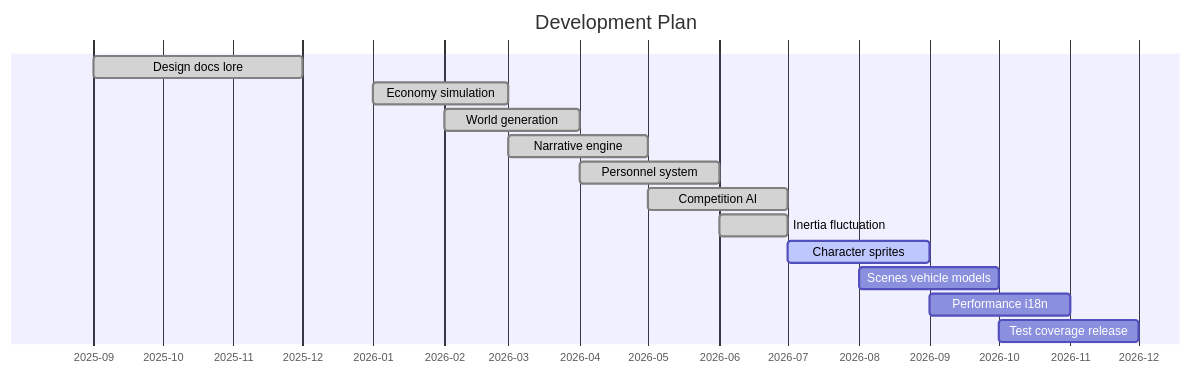
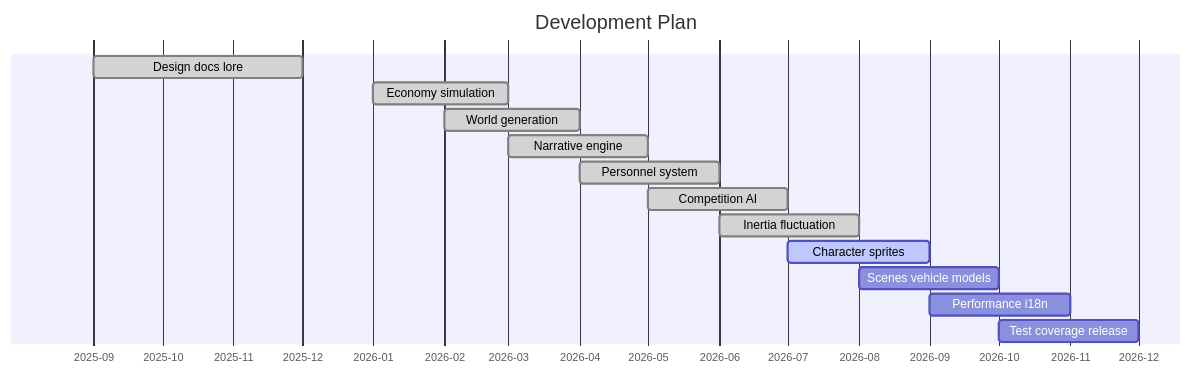
Before and after one commit to NMDX0721/RailwayRenaissance: the seventh of 8 diagrams in README.md, drawn with Mermaid. The commit also changed 4 other files, not shown here.

Commit message:
feat: expand prologue 01/04/05, fix README inertia timeline, fix grandfather dialogue

````diff
--- a/README.md
+++ b/README.md
@@ -618,17 +618,17 @@
 ```mermaid
 gantt
     title Development Plan
     dateFormat  YYYY-MM
     axisFormat  %Y-%m
     Design docs lore          :done, 2025-09, 2025-12
     Economy simulation        :done, 2026-01, 2026-03
     World generation          :done, 2026-02, 2026-04
     Narrative engine          :done, 2026-03, 2026-05
     Personnel system          :done, 2026-04, 2026-06
     Competition AI            :done, 2026-05, 2026-07
-    Inertia fluctuation       :done, 2026-06, 2026-07
+    Inertia fluctuation       :done, 2026-06, 2026-08
     Character sprites         :active, 2026-07, 2026-09
     Scenes vehicle models     :2026-08, 2026-10
     Performance i18n          :2026-09, 2026-11
     Test coverage release     :2026-10, 2026-12
 ```
````
